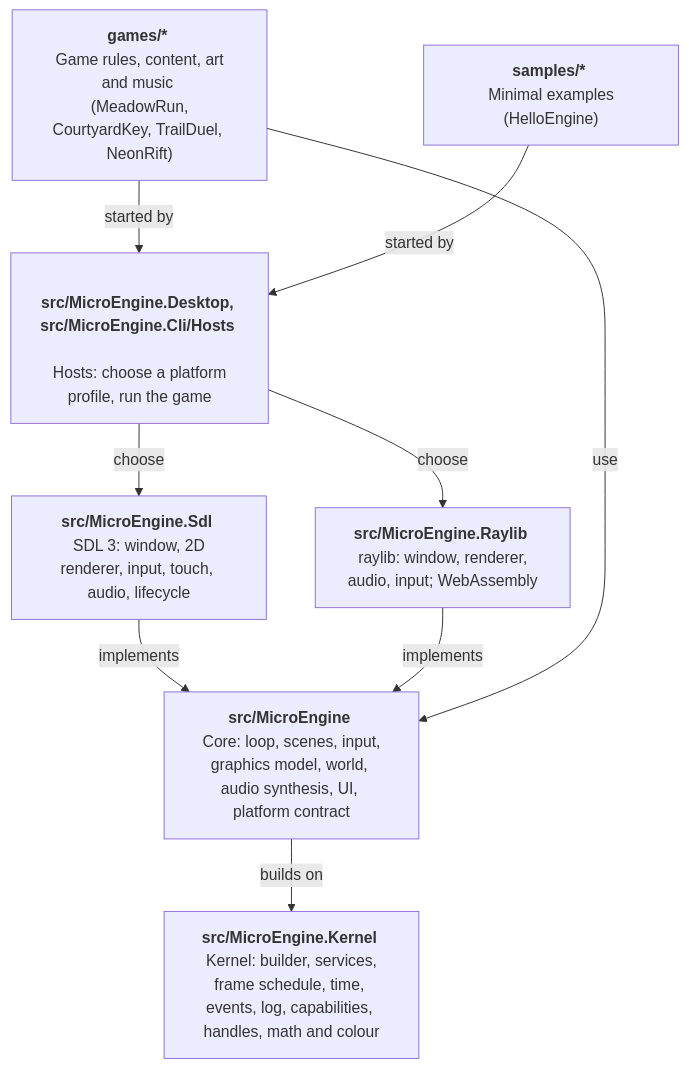
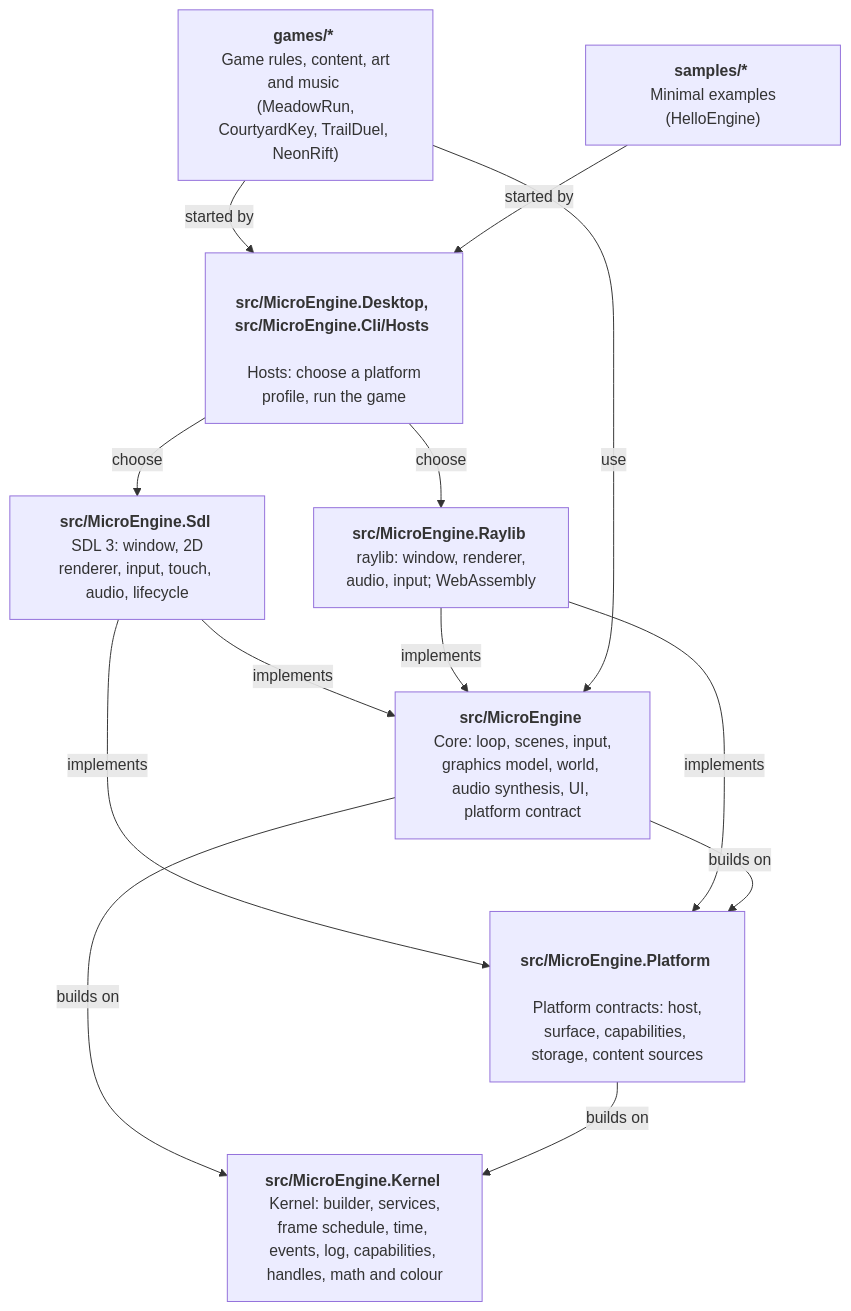
The diagram in docs/architecture.md (NastMz/MicroEngine), drawn with Mermaid before and after one commit. The commit also changed other lines of this file and 57 other files, not shown here.

First line of the commit message:
docs(platform): platform host contract, ADR 0037, API reference and packaging checks

````diff
--- a/docs/architecture.md
+++ b/docs/architecture.md
@@ -11,20 +11,25 @@
 ```mermaid
 flowchart TB
   accTitle: Layers
-  accDescr: Games and samples start through the desktop launcher, which offers the SDL and raylib backends; both implement the core's platform contract.
+  accDescr: Games and samples start through the desktop launcher, which offers the SDL and raylib backends; both implement the platform contract, which builds on the kernel.
   games["<b> games/* </b> <br/> Game rules, content, art and music <br/> (MeadowRun, CourtyardKey, TrailDuel, NeonRift)"]
   samples["<b> samples/* </b> <br/> Minimal examples (HelloEngine)"]
   hosts["<b> src/MicroEngine.Desktop, src/MicroEngine.Cli/Hosts </b> <br/> Hosts: choose a platform profile, run the game"]
   sdl["<b> src/MicroEngine.Sdl </b> <br/> SDL 3: window, 2D renderer, input, touch, audio, lifecycle"]
   raylib["<b> src/MicroEngine.Raylib </b> <br/> raylib: window, renderer, audio, input; WebAssembly"]
   core["<b> src/MicroEngine </b> <br/> Core: loop, scenes, input, graphics model, world, audio synthesis, UI, platform contract"]
+  platform["<b> src/MicroEngine.Platform </b> <br/> Platform contracts: host, surface, capabilities, storage, content sources"]
   kernel["<b> src/MicroEngine.Kernel </b> <br/> Kernel: builder, services, frame schedule, time, events, log, capabilities, handles, math and colour"]
   games -- started by --> hosts
   samples -- started by --> hosts
   hosts -- choose --> sdl
   hosts -- choose --> raylib
   sdl -- implements --> core
   raylib -- implements --> core
+  sdl -- implements --> platform
+  raylib -- implements --> platform
   games -- use --> core
+  core -- builds on --> platform
   core -- builds on --> kernel
+  platform -- builds on --> kernel
 ```
````
